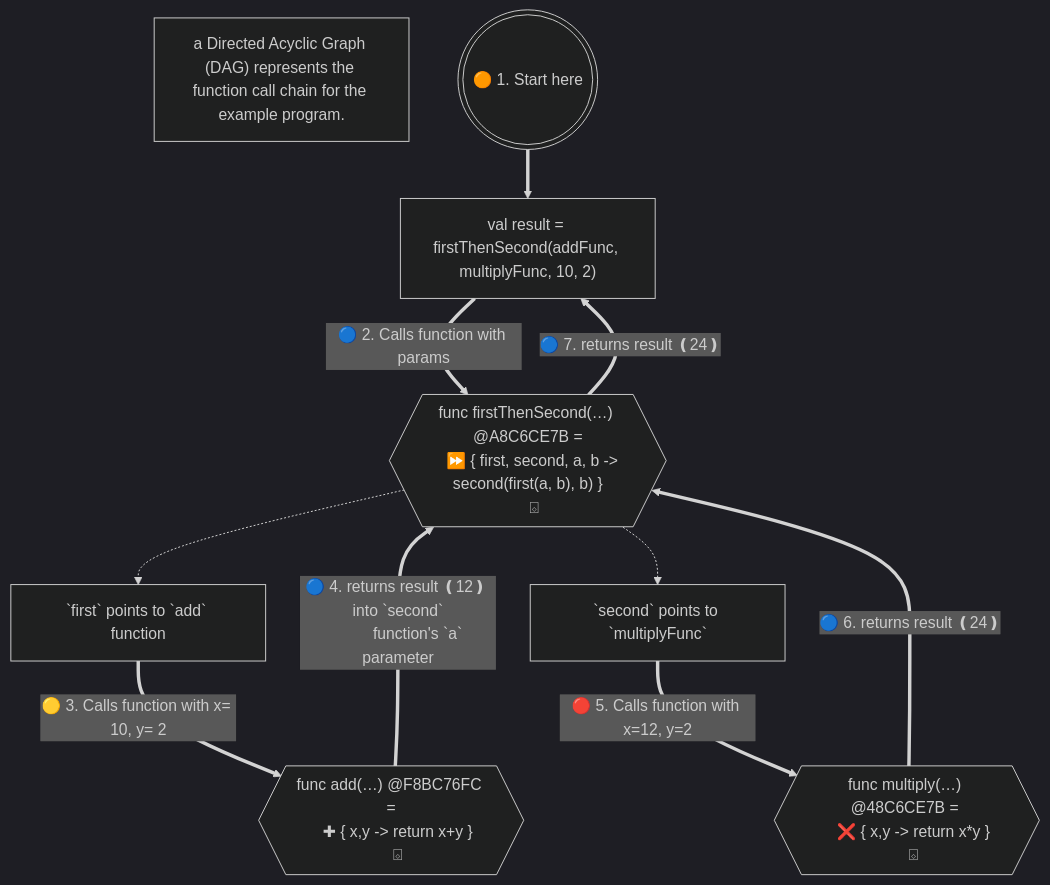
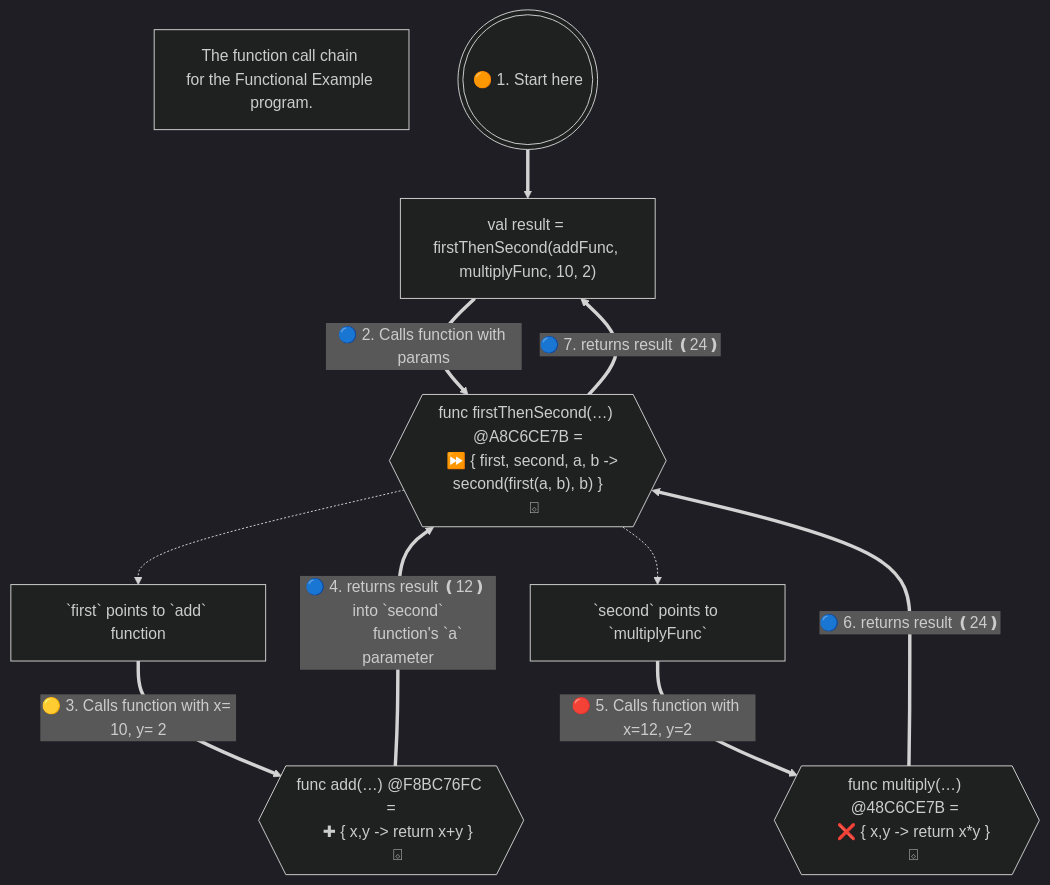
Before and after one commit to realityexpander/How_to_program_from_ground_up: the first of 2 diagrams in 10-FunctionalProgramming.md, drawn with Mermaid (dark theme).

````diff
--- a/10-FunctionalProgramming.md
+++ b/10-FunctionalProgramming.md
@@ -112,28 +112,29 @@
 ```mermaid
 flowchart TB
 
-note["`a Directed Acyclic Graph (DAG) represents the function call chain for the example program.`"]
+note["The function call chain 
+for the Functional Example program."]
 
 start((("🟠 1. Start here"))) ==> Z
 
 X[" `first` points to `add` function "] ==>|"🟡 3. Calls function with x= 10, y= 2"| addFn{{" 
    func add(…) @F8BC76FC =
    ✚ { x,y -> return x+y } 
    ⌺"}}
 Y[" `second` points to `multiplyFunc`"] ==>|"🔴 5. Calls function with x=12, y=2"| multiplyFn{{" 
    func multiply(…) @48C6CE7B = 
    ❌ { x,y -> return x*y }
    ⌺"}}
 Z["val result = firstThenSecond(addFunc, multiplyFunc, 10, 2)"] ==>|"🔵 2. Calls function with params"| firstThenSecondFunc{{" 
    func firstThenSecond(…) @A8C6CE7B =
    ⏩ { first, second, a, b -> second(first(a, b), b) }
    ⌺"}}
 
 addFn ==>|"🔵 4. returns result ❪12❫ into `second`
           function's `a` parameter"| firstThenSecondFunc
 multiplyFn ==>|"🔵 6. returns result ❪24❫"| firstThenSecondFunc
 firstThenSecondFunc ==>|"🔵 7. returns result ❪24❫"| Z
 firstThenSecondFunc -.-> X
 firstThenSecondFunc -.-> Y
 
 ```
````
